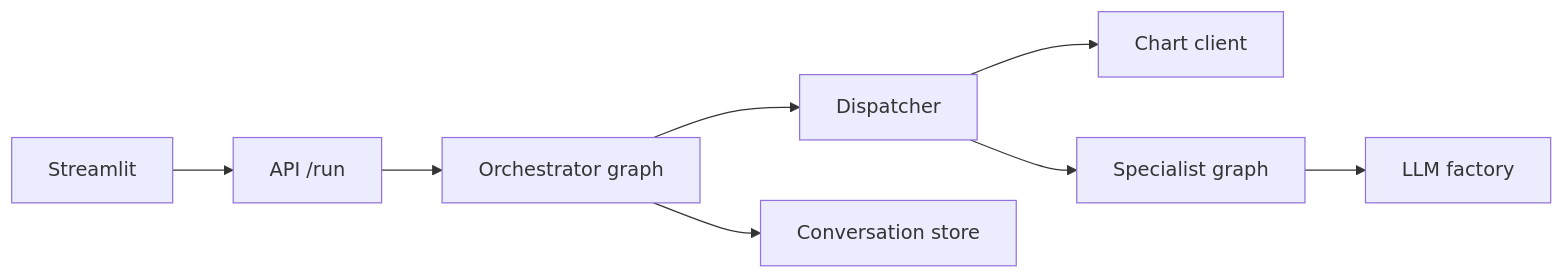
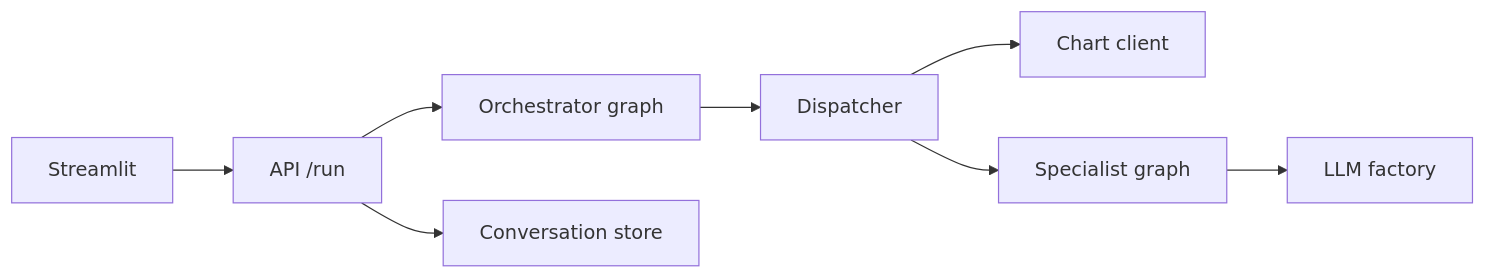
One commit to chamanthmvs/AstroWeave changed the first of 2 diagrams in docs/book/10-source-tour.md. Above: the diagram before and after it, drawn with Mermaid. The commit also changed other lines of this file and 10 other files, not shown here.

````diff
--- a/docs/book/10-source-tour.md
+++ b/docs/book/10-source-tour.md
@@ -13,10 +13,10 @@
 ```mermaid
 flowchart LR
-    UI[Streamlit] --> API[API /run]
-    API --> O[Orchestrator graph]
-    O --> D[Dispatcher]
-    D --> CH[Chart client]
-    D --> SG[Specialist graph]
-    SG --> L[LLM factory]
-    O --> STORE[Conversation store]
+  UI["Streamlit"] --> API["API /run"]
+  API --> O["Orchestrator graph"]
+  O --> D["Dispatcher"]
+  D --> CH["Chart client"]
+  D --> SG["Specialist graph"]
+  SG --> L["LLM factory"]
+  API --> STORE["Conversation store"]
 ```
````
